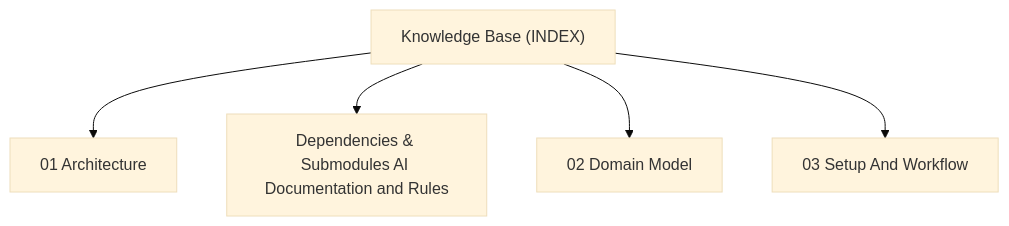
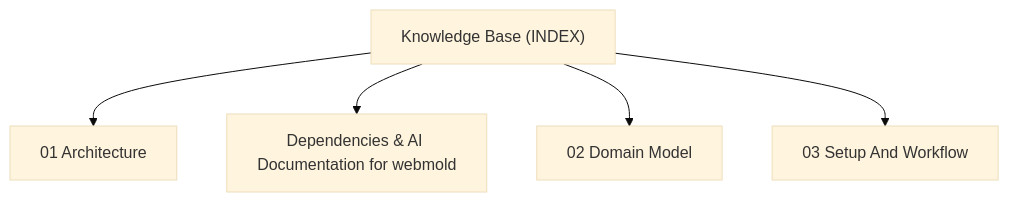
The diagram in docs/INDEX.md (actdim/webmold), drawn with Mermaid (base theme) before and after one commit. The commit also changed other lines of this file and 3 other files, not shown here.

````diff
--- a/docs/INDEX.md
+++ b/docs/INDEX.md
@@ -17,12 +17,12 @@
 ```mermaid
 flowchart TD
     INDEX["Knowledge Base (INDEX)"]
     T_ARCHITECTURE["01 Architecture"]
     INDEX --> T_ARCHITECTURE
-    T_DEPENDENCIES["Dependencies & Submodules AI Documentation and Rules"]
+    T_DEPENDENCIES["Dependencies & AI Documentation for webmold"]
     INDEX --> T_DEPENDENCIES
     T_DOMAIN_MODEL["02 Domain Model"]
     INDEX --> T_DOMAIN_MODEL
     T_SETUP_AND_WORKFLOW["03 Setup And Workflow"]
     INDEX --> T_SETUP_AND_WORKFLOW
 ```
````
